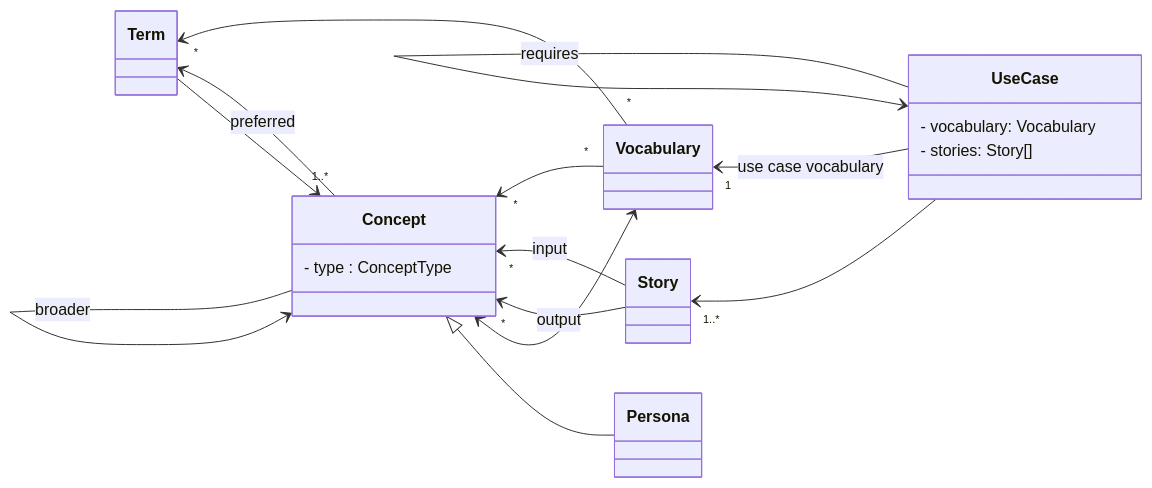
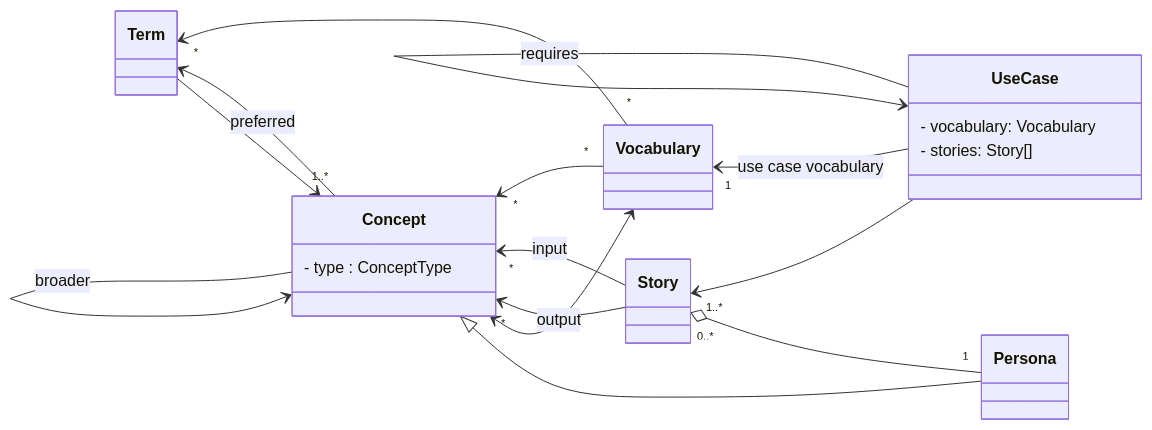
The diagram in docs/concept/concept.md (EKGF/ekg-method), drawn with Mermaid before and after one commit. The commit also changed 17 other files, not shown here.

Commit message:
feat(docs): added plantuml support and used it for usecase and persona page

````diff
--- a/docs/concept/concept.md
+++ b/docs/concept/concept.md
@@ -10,25 +10,29 @@
 ```mermaid
 classDiagram
     direction RL
     class Concept {
         - type : ConceptType
     }
     class UseCase {
         - vocabulary: Vocabulary
         - stories: Story[]
     }
-    link UseCase "../use-case/"
     UseCase --> UseCase : requires
     Vocabulary "*" --> "*" Concept
     Vocabulary "*" --> "*" Term
     Story --> "*" Concept : input
     Story --> "*" Concept : output
     Term --> "1..*" Concept
     %% Concept --> OntologyAxiom
     Vocabulary <--> Concept
     UseCase --> "1..*" Story
     Persona --|> Concept
     Concept --> Concept : broader
     Concept --> Term : preferred
     UseCase --> "1" Vocabulary : use case vocabulary
+    Persona "1" --o "0..*" Story
+    link UseCase "../use-case/"
+    link Story "../story/"
+    link Concept "../concept/"
+    link Persona "../persona/"
 ```
````
